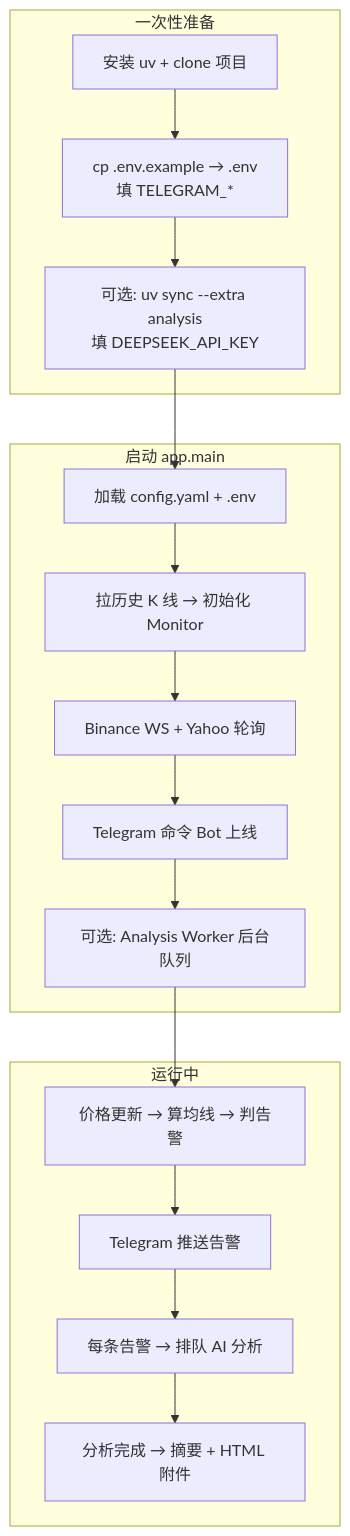
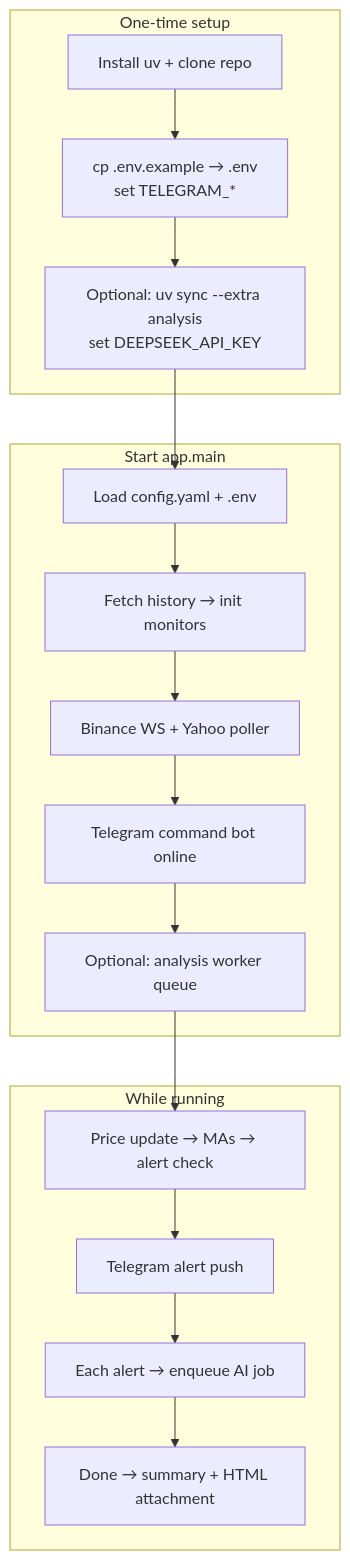
Before and after one commit to Formyselfonly/invest-alert-bot: the sixth of 6 diagrams in readme.md, drawn with Mermaid. The commit also changed other lines of this file and 1 other file, not shown here.

````diff
--- a/readme.md
+++ b/readme.md
@@ -321,27 +332,27 @@
 ```mermaid
 flowchart TB
-    subgraph Setup["一次性准备"]
-        A1["安装 uv + clone 项目"]
-        A2["cp .env.example → .env<br/>填 TELEGRAM_*"]
-        A3["可选: uv sync --extra analysis<br/>填 DEEPSEEK_API_KEY"]
+    subgraph Setup["One-time setup"]
+        A1["Install uv + clone repo"]
+        A2["cp .env.example → .env<br/>set TELEGRAM_*"]
+        A3["Optional: uv sync --extra analysis<br/>set DEEPSEEK_API_KEY"]
     end
 
-    subgraph Start["启动 app.main"]
-        B1["加载 config.yaml + .env"]
-        B2["拉历史 K 线 → 初始化 Monitor"]
-        B3["Binance WS + Yahoo 轮询"]
-        B4["Telegram 命令 Bot 上线"]
-        B5["可选: Analysis Worker 后台队列"]
+    subgraph Start["Start app.main"]
+        B1["Load config.yaml + .env"]
+        B2["Fetch history → init monitors"]
+        B3["Binance WS + Yahoo poller"]
+        B4["Telegram command bot online"]
+        B5["Optional: analysis worker queue"]
     end
 
-    subgraph Runtime["运行中"]
-        C1["价格更新 → 算均线 → 判告警"]
-        C2["Telegram 推送告警"]
-        C3["每条告警 → 排队 AI 分析"]
-        C4["分析完成 → 摘要 + HTML 附件"]
+    subgraph Runtime["While running"]
+        C1["Price update → MAs → alert check"]
+        C2["Telegram alert push"]
+        C3["Each alert → enqueue AI job"]
+        C4["Done → summary + HTML attachment"]
     end
 
     A1 --> A2 --> A3 --> B1
     B1 --> B2 --> B3 --> B4 --> B5
     B5 --> C1 --> C2 --> C3 --> C4
 ```
````
